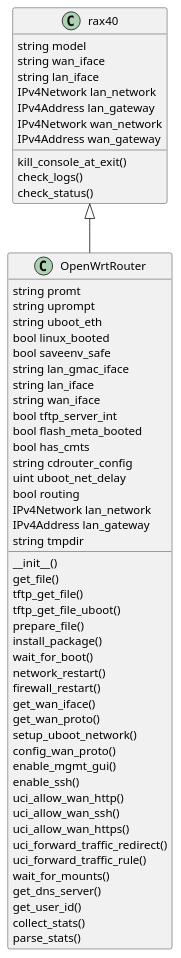
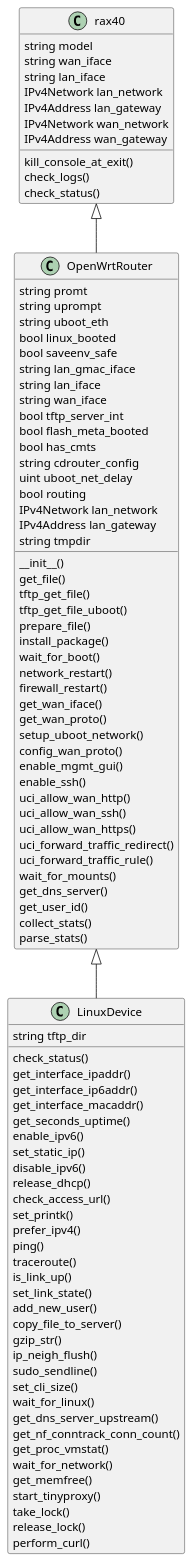
The diagram in documentation/images/plantuml/boardfarm_prplMesh_classes.puml (devalore/prplMesh), drawn with PlantUML before and after one commit.

Commit message:
documentation: boardfarm_prplMesh_classes: add LinuxDevice description

```diff
--- a/documentation/images/plantuml/boardfarm_prplMesh_classes.puml
+++ b/documentation/images/plantuml/boardfarm_prplMesh_classes.puml
@@ -1,62 +1,100 @@
 @startuml
+class LinuxDevice {
+	string tftp_dir
+
+	check_status()
+	get_interface_ipaddr()
+	get_interface_ip6addr()
+	get_interface_macaddr()
+	get_seconds_uptime()
+	enable_ipv6()
+	set_static_ip()
+	disable_ipv6()
+	release_dhcp()
+	check_access_url()
+	set_printk()
+	prefer_ipv4()
+	ping()
+	traceroute()
+	is_link_up()
+	set_link_state()
+	add_new_user()
+	copy_file_to_server()
+	 gzip_str()
+	ip_neigh_flush()
+	sudo_sendline()
+	set_cli_size()
+	wait_for_linux()
+	get_dns_server_upstream()
+	get_nf_conntrack_conn_count()
+	get_proc_vmstat()
+	wait_for_network()
+	get_memfree()
+	start_tinyproxy()
+	take_lock()
+	release_lock()
+	perform_curl()
+}
+
 class OpenWrtRouter {
 	string promt
 	string uprompt
 	string uboot_eth
 	bool linux_booted
 	bool saveenv_safe
 	string lan_gmac_iface
 	string lan_iface
 	string wan_iface
 	bool tftp_server_int
 	bool flash_meta_booted
 	bool has_cmts
 	string cdrouter_config
 	uint uboot_net_delay
 	bool routing
 	IPv4Network lan_network
 	IPv4Address lan_gateway
 	string tmpdir
 
 	__init__()
 	get_file()
 	tftp_get_file()
 	tftp_get_file_uboot()
 	prepare_file()
 	install_package()
 	wait_for_boot()
 	network_restart()
 	firewall_restart()
 	get_wan_iface()
 	get_wan_proto()
 	setup_uboot_network()
 	config_wan_proto()
 	enable_mgmt_gui()
 	enable_ssh()
 	uci_allow_wan_http()
 	uci_allow_wan_ssh()
 	uci_allow_wan_https()
 	uci_forward_traffic_redirect()
 	uci_forward_traffic_rule()
 	wait_for_mounts()
 	get_dns_server()
 	get_user_id()
 	collect_stats()
 	parse_stats()
 }
 
 class rax40 {
 	string model
 	string wan_iface
 	string lan_iface
 	IPv4Network lan_network
 	IPv4Address lan_gateway
 	IPv4Network wan_network
 	IPv4Address wan_gateway
 
 	kill_console_at_exit()
 	check_logs()
 	check_status()
 }
- rax40 <|-- OpenWrtRouter
+OpenWrtRouter <|-- LinuxDevice
+rax40 <|-- OpenWrtRouter
 @enduml
```
